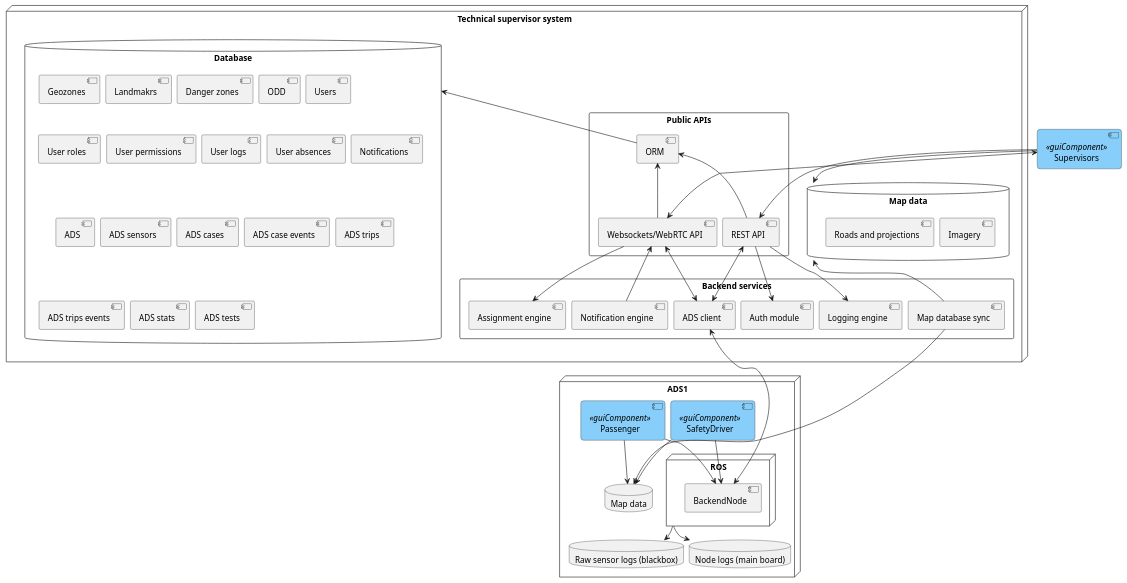
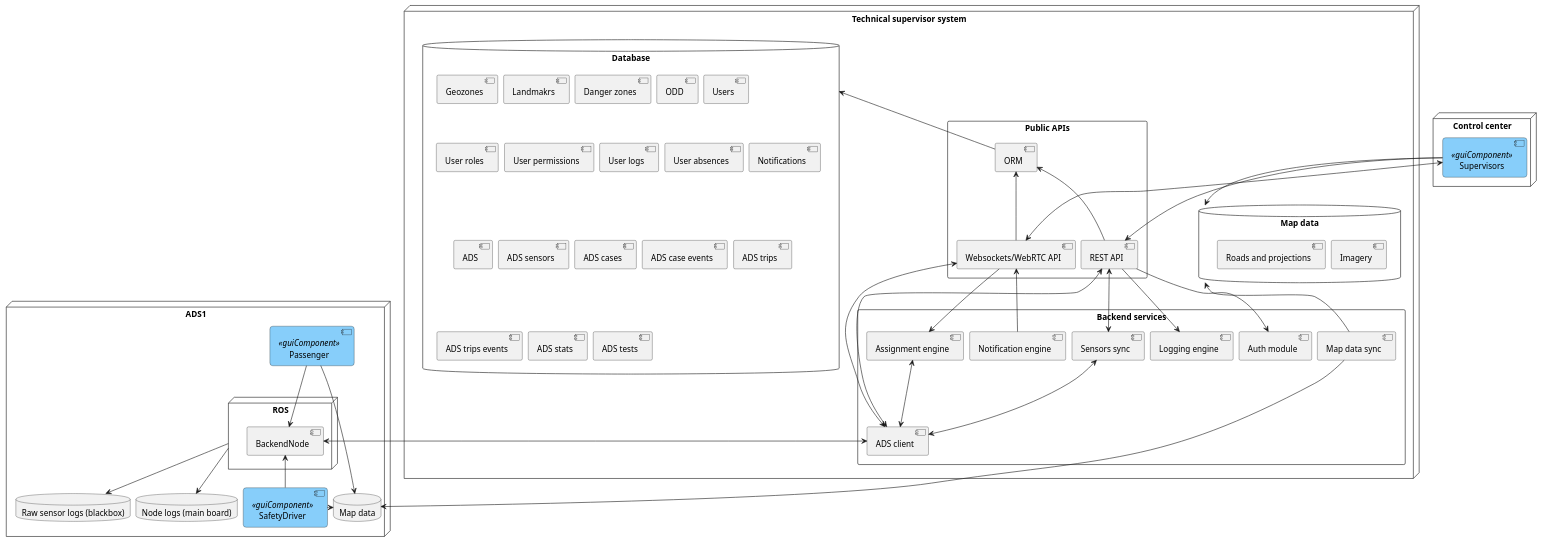
One commit to bruno-motorai/uml changed the diagram in technical_supervisor/architecture.pu. Above: the diagram before and after it, drawn with PlantUML.

Commit message:
Add sensor sync component to architecture

```diff
--- a/technical_supervisor/architecture.pu
+++ b/technical_supervisor/architecture.pu
@@ -1,102 +1,110 @@
 @startuml
 skinparam nodesep 10
 skinparam ranksep 5
 
 scale 1.0
 
-component "Supervisors" as gui <<guiComponent>>
+node "Control center" as control_center {
+    component "Supervisors" as gui <<guiComponent>>
+}
 
 node "Technical supervisor system" as ts {
     rectangle "Public APIs" {
-            component "REST API" as rest_api
-            component "Websockets/WebRTC API" as ws_api
-            component "ORM" as orm
-        }
+        component "REST API" as rest_api
+        component "Websockets/WebRTC API" as ws_api
+        component "ORM" as orm
+    }
 
     rectangle "Backend services" as backend {
         component "Auth module" as auth
         component "Assignment engine" as assignment_engine
         component "Notification engine" as notification_engine
         component "Logging engine" as log_engine
         component "ADS client" as ads_client
-        component "Map database sync" as map_sync
+        component "Map data sync" as map_sync
+        component "Sensors sync" as sensors_sync
     }
 
 
     database "Database" as db {
         component "Geozones"
         component "Landmakrs"
         component "Danger zones"
         component "ODD"
         component "Users"
         component "User roles"
         component "User permissions"
         component "User logs"
         component "User absences"
         component "Notifications"
         component "ADS"
         component "ADS sensors"
         component "ADS cases"
         component "ADS case events"
         component "ADS trips"
         component "ADS trips events"
         component "ADS stats"
         component "ADS tests"
     }
 
     database "Map data" as map_db {
         component "Imagery"
         component "Roads and projections"
     }
 }
 
 
-node "ADS1" as ads_node { 
+node "ADS1" as ads_node {
+
     node "ROS" as ads1 {
         component "BackendNode" as ads_backend_node
     }
     database "Raw sensor logs (blackbox)" as raw_logs_ads1
     database "Node logs (main board)" as logs_ads1
-    component "SafetyDriver" as safety_driver_gui1 <<guiComponent>> 
+    component "SafetyDriver" as safety_driver_gui1 <<guiComponent>>
     component "Passenger" as passenger_gui1 << guiComponent >>
 
     database "Map data" as map_db_ads
 }
 
 ads1 -down-> raw_logs_ads1
 ads1 -down-> logs_ads1
 ' ads2 -down-> raw_logs_ads2
 ' ads2 -down-> logs_ads2
 gui -down-> rest_api
 gui <-down-> ws_api
 rest_api --> auth
 rest_api --> log_engine
 rest_api -u-> orm
 ws_api -u-> orm
 orm -u-> db
 ws_api -d-> assignment_engine
 notification_engine -r-> ws_api
 ws_api <-d-> ads_client
 rest_api <-d-> ads_client
 gui -u-> map_db
 
+rest_api <-> sensors_sync
+sensors_sync <--> ads_client
+assignment_engine <--> ads_client
+
 ads_backend_node <-d-> ads_client
-' safety_driver_gui2 -l-> ads2_backend_node
-safety_driver_gui1 -d-> ads_backend_node
+
+safety_driver_gui1 -u-> ads_backend_node
 safety_driver_gui1 -> map_db_ads
-' passenger_gui2 -> ads2_backend_node
+
 passenger_gui1 -d-> ads_backend_node
 passenger_gui1 -d-> map_db_ads
 
 map_sync ---> map_db_ads
 map_sync -u-> map_db
 
 <style>
- .guiComponent {
-     BackgroundColor LightSkyBlue
-     FontColor Black
-     ComponentBorderColor LightSlateGray
-     RoundCorner 10
- }
+.guiComponent {
+    BackgroundColor LightSkyBlue
+    FontColor Black
+    ComponentBorderColor LightSlateGray
+    RoundCorner 10
+}
 </style>
 @enduml
```
